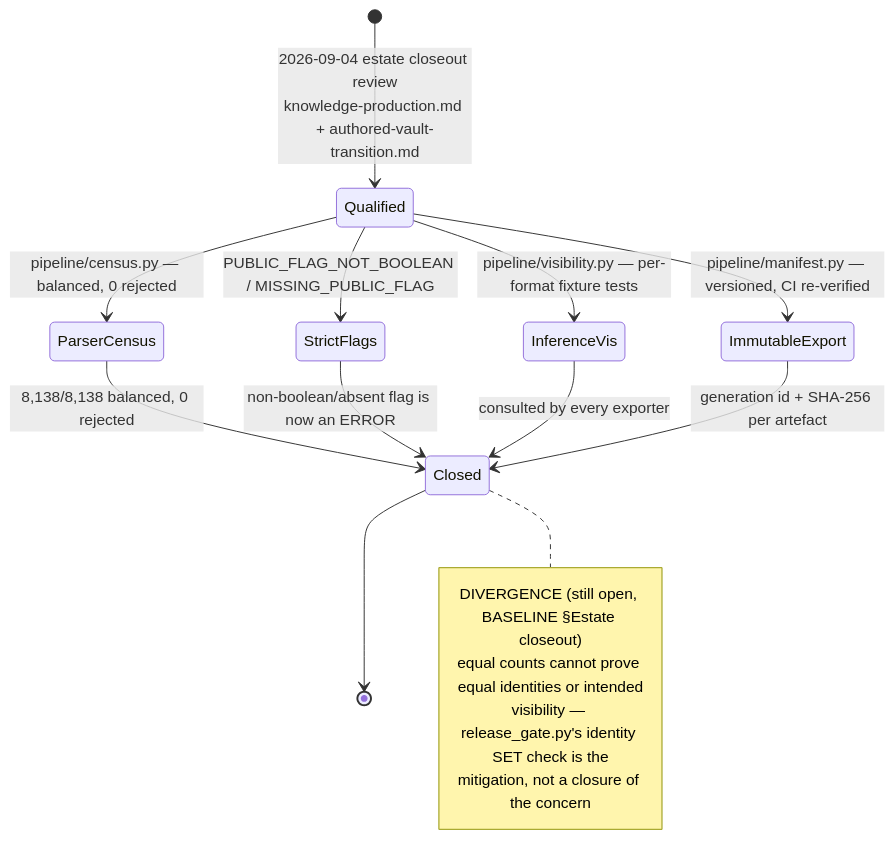
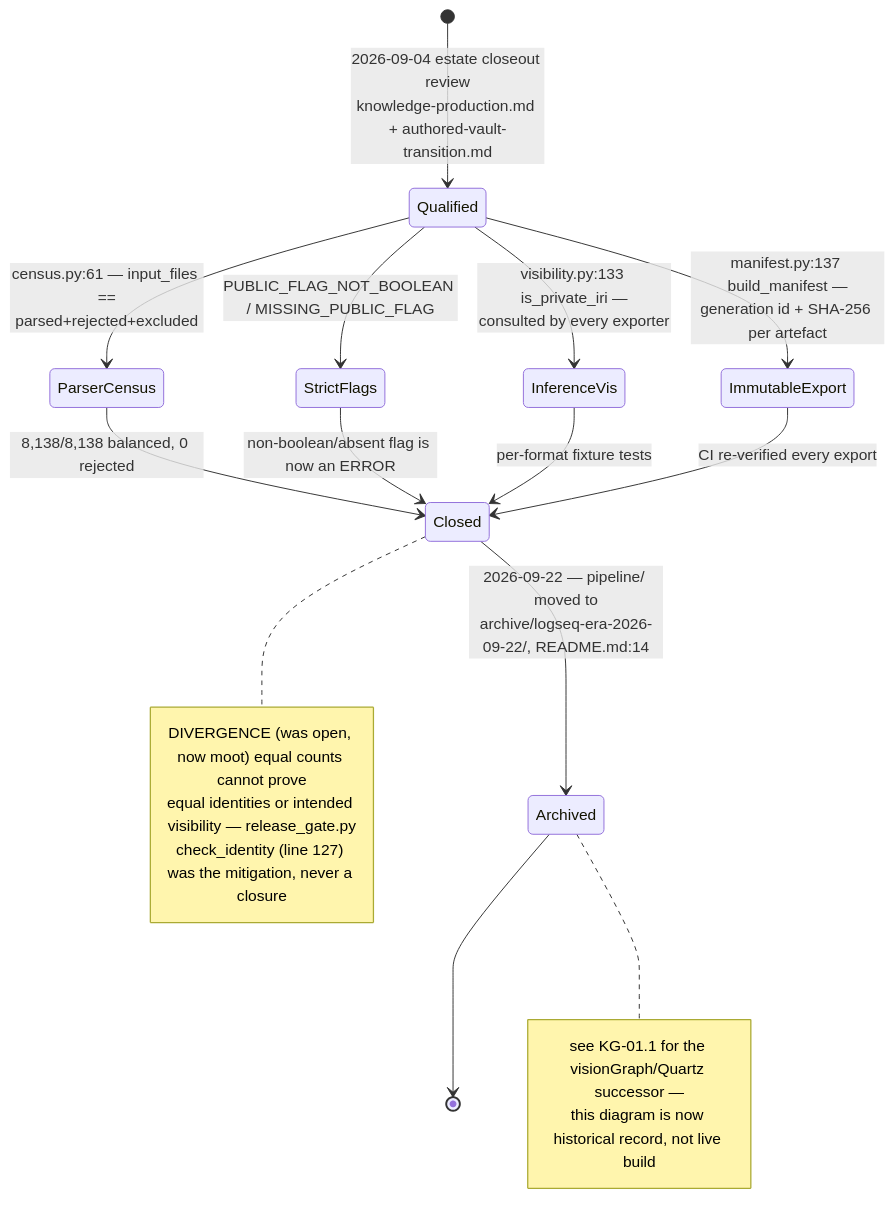
One commit to DreamLab-AI/VisionFlow changed the second of 3 diagrams in docs/diagrams/knowledgegraph/07-invariants-register.md. Above: the diagram before and after it, drawn with Mermaid. The commit also changed other lines of this file and 136 other files, not shown here.

First line of the commit message:
docs(diagrams): refresh the whole corpus to code HEAD and prune low-value diagrams

````diff
--- a/docs/diagrams/knowledgegraph/07-invariants-register.md
+++ b/docs/diagrams/knowledgegraph/07-invariants-register.md
@@ -36,14 +38,16 @@
 ```mermaid
 stateDiagram-v2
     [*] --> Qualified: 2026-09-04 estate closeout review<br/>knowledge-production.md + authored-vault-transition.md
-    Qualified --> ParserCensus: pipeline/census.py — balanced, 0 rejected
+    Qualified --> ParserCensus: census.py:61 — input_files ==<br/>parsed+rejected+excluded
     Qualified --> StrictFlags: PUBLIC_FLAG_NOT_BOOLEAN / MISSING_PUBLIC_FLAG
-    Qualified --> InferenceVis: pipeline/visibility.py — per-format fixture tests
-    Qualified --> ImmutableExport: pipeline/manifest.py — versioned, CI re-verified
+    Qualified --> InferenceVis: visibility.py:133 is_private_iri —<br/>consulted by every exporter
+    Qualified --> ImmutableExport: manifest.py:137 build_manifest —<br/>generation id + SHA-256 per artefact
     ParserCensus --> Closed: 8,138/8,138 balanced, 0 rejected
     StrictFlags --> Closed: non-boolean/absent flag is now an ERROR
-    InferenceVis --> Closed: consulted by every exporter
-    ImmutableExport --> Closed: generation id + SHA-256 per artefact
-    Closed --> [*]
-    note right of Closed: DIVERGENCE #40;still open, BASELINE §Estate closeout#41;<br/>equal counts cannot prove equal identities or intended<br/>visibility — release_gate.py's identity SET check is the<br/>mitigation, not a closure of the concern
+    InferenceVis --> Closed: per-format fixture tests
+    ImmutableExport --> Closed: CI re-verified every export
+    Closed --> Archived: 2026-09-22 — pipeline/ moved to<br/>archive/logseq-era-2026-09-22/, README.md:14
+    Archived --> [*]
+    note right of Closed: DIVERGENCE #40;was open, now moot#41; equal counts cannot prove<br/>equal identities or intended visibility — release_gate.py<br/>check_identity #40;line 127#41; was the mitigation, never a closure
+    note right of Archived: see KG-01.1 for the visionGraph/Quartz successor —<br/>this diagram is now historical record, not live build
 ```
````
